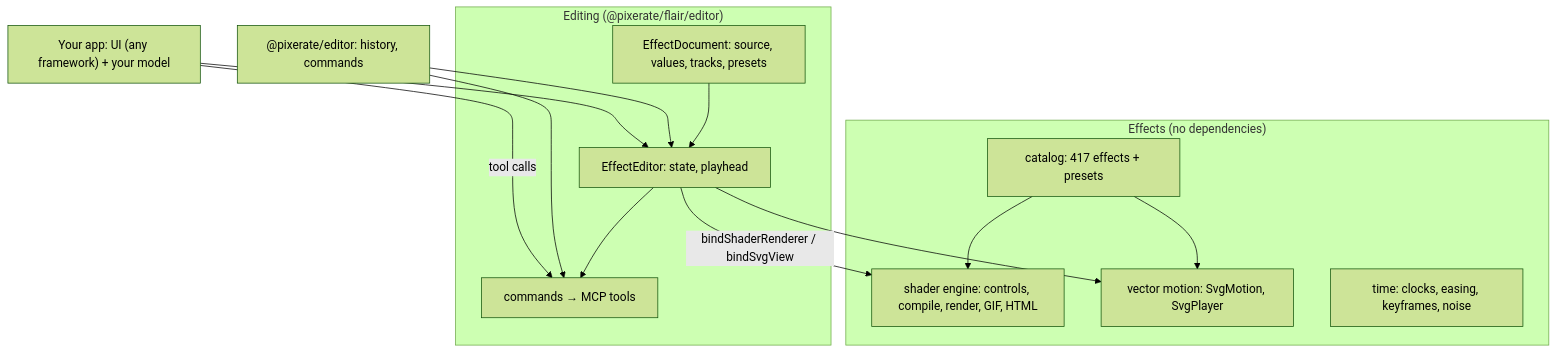
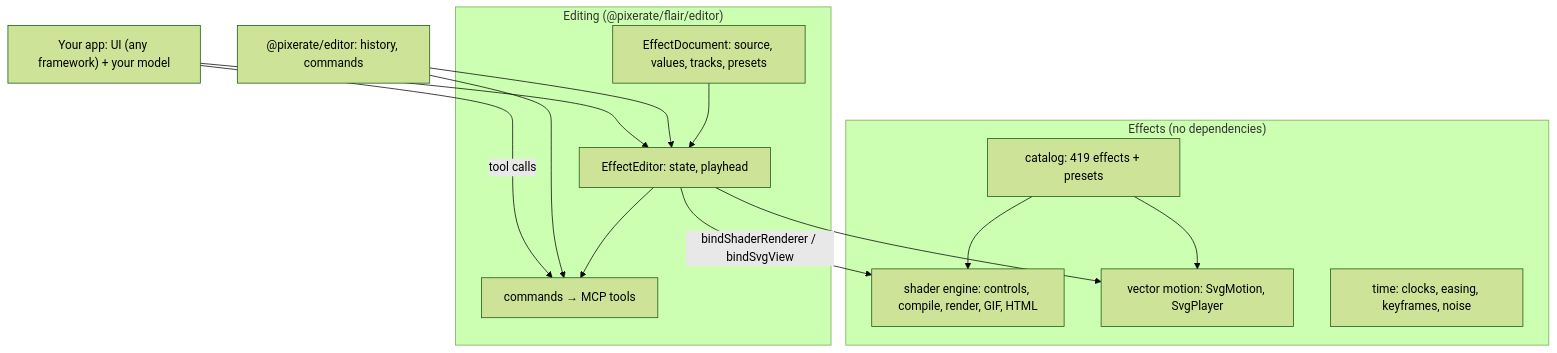
Before and after one commit to Pixerate/flair: the diagram in README.md, drawn with Mermaid (forest theme). The commit also changed other lines of this file and 10 other files, not shown here.

````diff
--- a/README.md
+++ b/README.md
@@ -64,27 +64,27 @@
 ```mermaid
 graph TD
   subgraph Effects["Effects (no dependencies)"]
-    Catalog["catalog: 417 effects + presets"]
+    Catalog["catalog: 419 effects + presets"]
     Shader["shader engine: controls, compile, render, GIF, HTML"]
     Vector["vector motion: SvgMotion, SvgPlayer"]
     Time["time: clocks, easing, keyframes, noise"]
   end
   subgraph Editing["Editing (@pixerate/flair/editor)"]
     Doc["EffectDocument: source, values, tracks, presets"]
     Editor["EffectEditor: state, playhead"]
     Cmds["commands → MCP tools"]
   end
   PE["@pixerate/editor: history, commands"]
   Host["Your app: UI (any framework) + your model"]
 
   Catalog --> Shader
   Catalog --> Vector
   Doc --> Editor
   Editor --> Cmds
   PE --> Editor
   PE --> Cmds
   Editor -- bindShaderRenderer / bindSvgView --> Shader
   Editor --> Vector
   Host --> Editor
   Host -- tool calls --> Cmds
 ```
````
